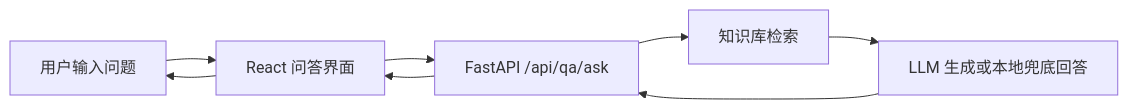
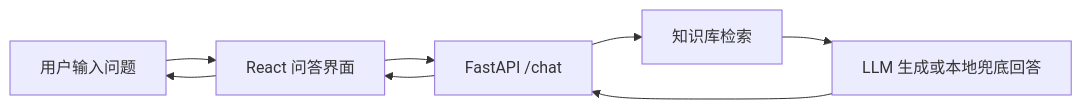
One commit to gjjvcd6ijhghkjg88-jpg/sanzi-assistant changed the diagram in docs/ARCHITECTURE.md. Above: the diagram before and after it, drawn with Mermaid. The commit also changed other lines of this file and 10 other files, not shown here.

Commit message:
fix: make chat flow directly runnable

````diff
--- a/docs/ARCHITECTURE.md
+++ b/docs/ARCHITECTURE.md
@@ -11,10 +11,10 @@
 ```mermaid
 flowchart LR
   U["用户输入问题"] --> FE["React 问答界面"]
-  FE --> API["FastAPI /api/qa/ask"]
+  FE --> API["FastAPI /chat"]
   API --> KB["知识库检索"]
   KB --> LLM["LLM 生成或本地兜底回答"]
   LLM --> API
   API --> FE
   FE --> U
 ```
````
